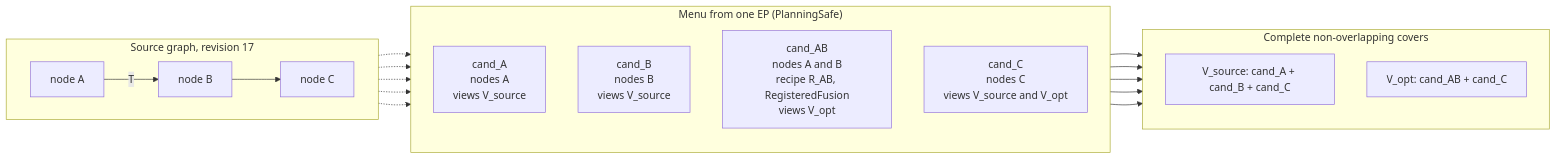
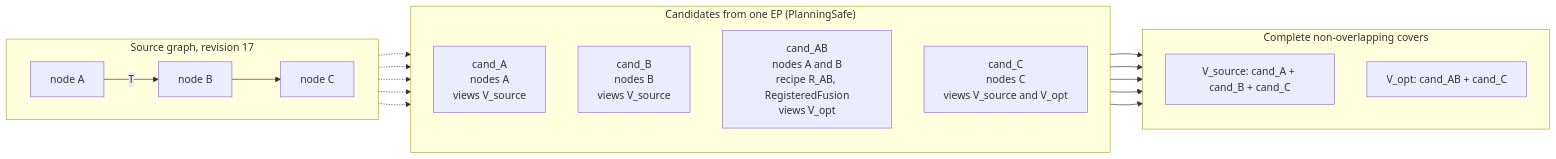
One commit to microsoft/onnxruntime changed the fifth of 7 diagrams in docs/annotated_partitioning/capability_planning_interfaces.md. Above: the diagram before and after it, drawn with Mermaid. The commit also changed other lines of this file, not shown here.

First line of the commit message:
Rework capability planning interfaces around the existing shapes

````diff
--- a/docs/annotated_partitioning/capability_planning_interfaces.md
+++ b/docs/annotated_partitioning/capability_planning_interfaces.md
@@ -400,29 +573,29 @@
 ```mermaid
 flowchart LR
   subgraph SRC["Source graph, revision 17"]
     direction LR
     A["node A"] -->|"T"| B["node B"] --> C["node C"]
   end
-  subgraph MENU["Menu from one EP (PlanningSafe)"]
+  subgraph CANDS["Candidates from one EP (PlanningSafe)"]
     direction TB
     cA["cand_A<br/>nodes A<br/>views V_source"]
     cB["cand_B<br/>nodes B<br/>views V_source"]
     cAB["cand_AB<br/>nodes A and B<br/>recipe R_AB, RegisteredFusion<br/>views V_opt"]
     cC["cand_C<br/>nodes C<br/>views V_source and V_opt"]
   end
   subgraph COVERS["Complete non-overlapping covers"]
     direction TB
     VS["V_source: cand_A + cand_B + cand_C"]
     VO["V_opt: cand_AB + cand_C"]
   end
   A -.-> cA
   B -.-> cB
   A -.-> cAB
   B -.-> cAB
   C -.-> cC
   cA --> VS
   cB --> VS
   cC --> VS
   cAB --> VO
   cC --> VO
 ```
````
